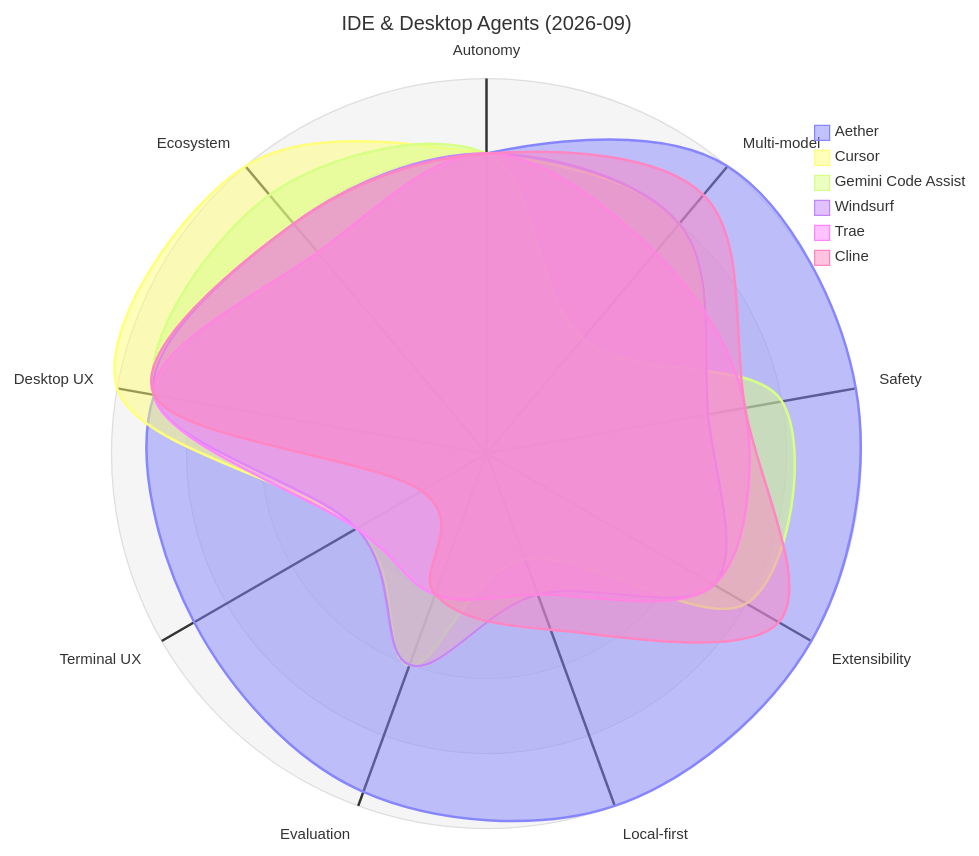
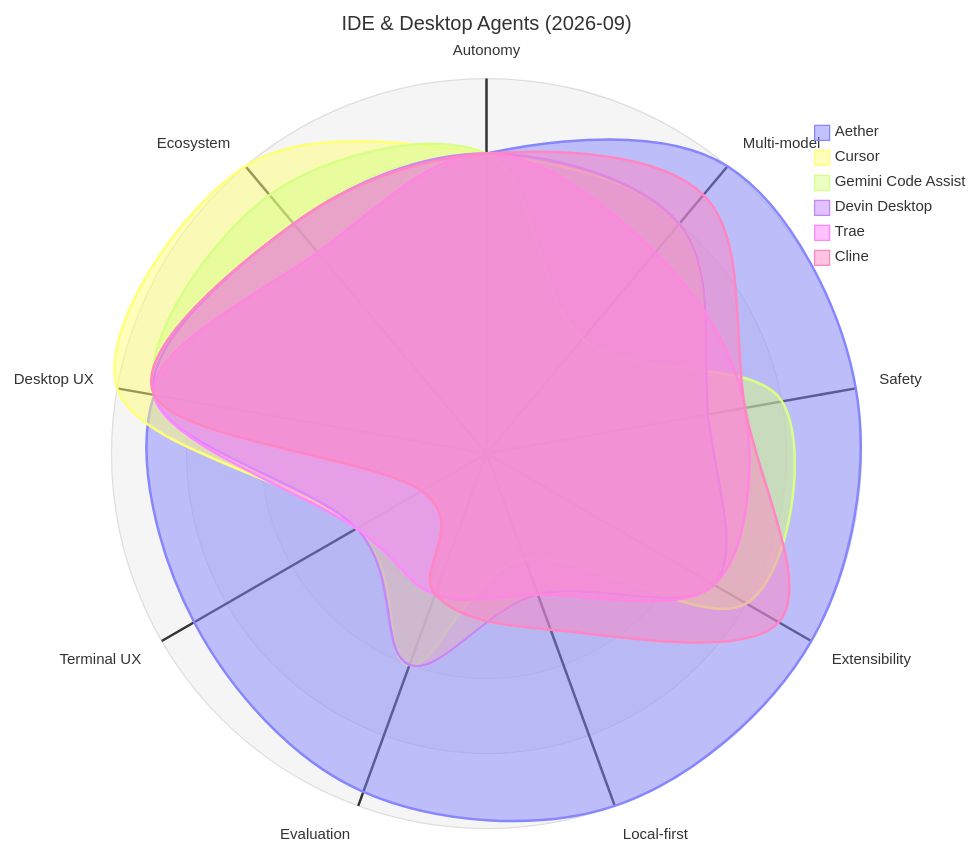
One commit to TQSY114514/Aether changed the second of 3 diagrams in docs/competitive-analysis.md. Above: the diagram before and after it, drawn with Mermaid. The commit also changed other lines of this file and 20 other files, not shown here.

````diff
--- a/docs/competitive-analysis.md
+++ b/docs/competitive-analysis.md
@@ -77,13 +77,13 @@
 ```mermaid
 radar-beta
   title IDE & Desktop Agents (2026-09)
   axis aut["Autonomy"], mm["Multi-model"], saf["Safety"], ext["Extensibility"], loc["Local-first"], eva["Evaluation"], tux["Terminal UX"], dux["Desktop UX"], eco["Ecosystem"]
   curve aether["Aether"]{4.0, 5.0, 5.0, 5.0, 5.0, 4.8, 4.5, 4.5, 3.5}
   curve cursor["Cursor"]{4.0, 4.0, 3.0, 3.5, 2.0, 3.0, 2.0, 5.0, 5.0}
   curve gemini["Gemini Code Assist"]{4.0, 2.0, 4.0, 4.0, 1.5, 3.0, 2.0, 4.5, 4.5}
-  curve windsurf["Windsurf"]{4.0, 4.0, 3.0, 3.5, 2.0, 3.0, 2.0, 4.5, 4.0}
+  curve devin_desktop["Devin Desktop"]{4.0, 4.0, 3.0, 3.5, 2.0, 3.0, 2.0, 4.5, 4.0}
   curve trae["Trae"]{4.0, 3.5, 3.5, 3.5, 2.0, 2.0, 2.0, 4.5, 3.5}
   curve cline["Cline"]{4.0, 4.5, 3.5, 4.5, 2.5, 2.0, 1.0, 4.5, 4.0}
   max 5
   min 0
 ```
````
